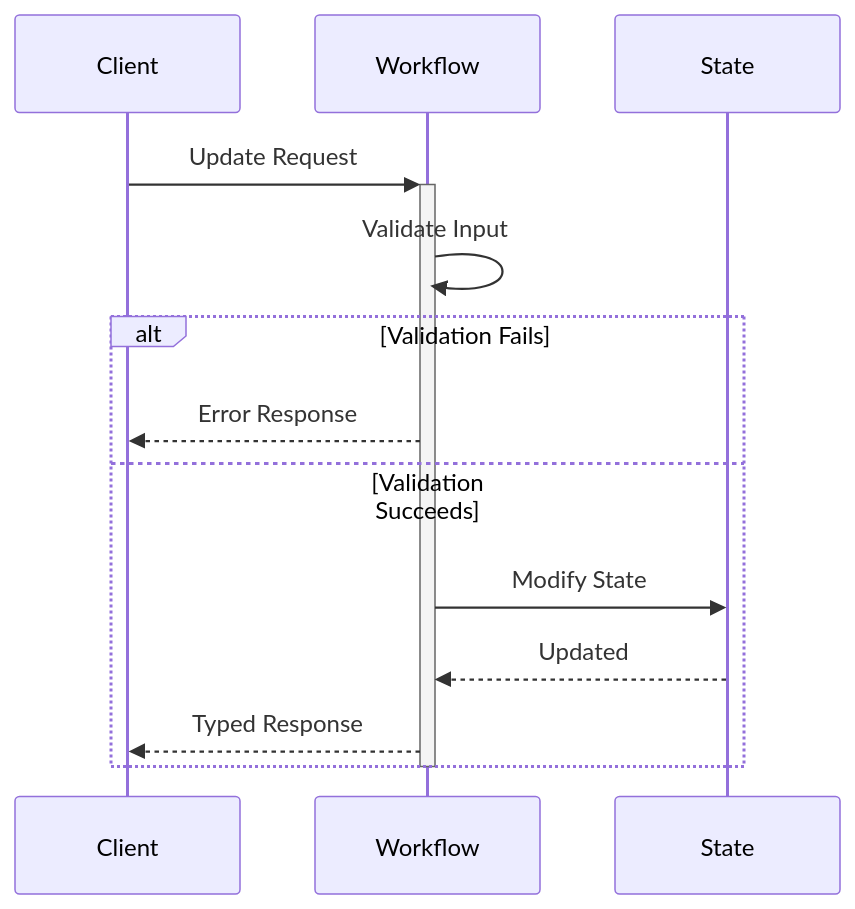
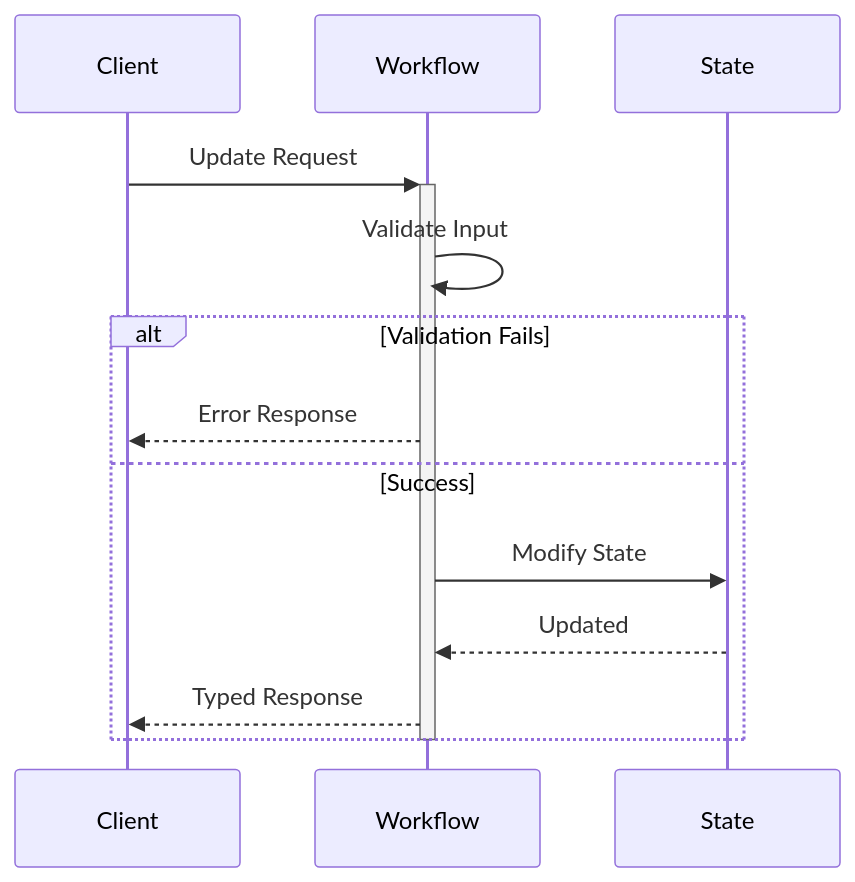
The diagram in docs/design-patterns/request-response-via-updates.mdx (temporalio/documentation), drawn with Mermaid before and after one commit. The commit also changed 15 other files, not shown here.

First line of the commit message:
Refactor Mermaid diagrams for improved clarity and consistency across documentation

````diff
--- a/docs/design-patterns/request-response-via-updates.mdx
+++ b/docs/design-patterns/request-response-via-updates.mdx
@@ -27,17 +27,17 @@
 ```mermaid
 sequenceDiagram
     participant Client
     participant Workflow
     participant State
 
     Client->>+Workflow: Update Request
     Workflow->>Workflow: Validate Input
     alt Validation Fails
         Workflow-->>Client: Error Response
-    else Validation Succeeds
+    else Success
         Workflow->>State: Modify State
         State-->>Workflow: Updated
         Workflow-->>Client: Typed Response
     end
     deactivate Workflow
 ```
````
